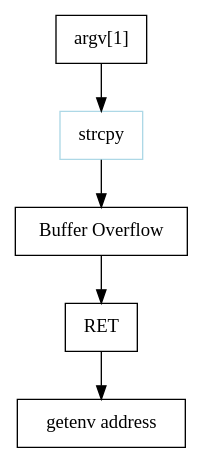
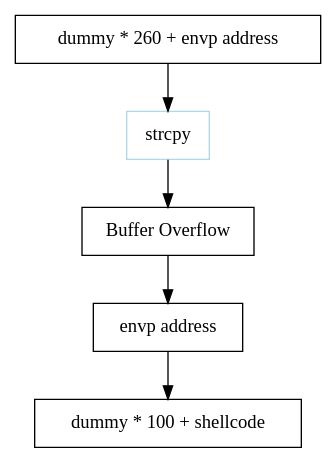
Before and after one commit to joizel/ctf_writeup: the diagram in docs/wargame/pwnable/lob1.rst, drawn with Graphviz. The commit also changed other lines of this file and 11 other files, not shown here.

```diff
--- a/docs/wargame/pwnable/lob1.rst
+++ b/docs/wargame/pwnable/lob1.rst
@@ -6,11 +6,11 @@
 .. graphviz::
 
     digraph foo {
         a -> b -> c -> d -> e;
 
-        a [shape=box, label="argv[1]"];
+        a [shape=box, label="dummy * 260 + envp address"];
         b [shape=box, color=lightblue, label="strcpy"];
         c [shape=box, label="Buffer Overflow"];
-        d [shape=box, label="RET"];
-        e [shape=box, label="getenv address"];
+        d [shape=box, label="envp address"];
+        e [shape=box, label="dummy * 100 + shellcode"];
     }
```
